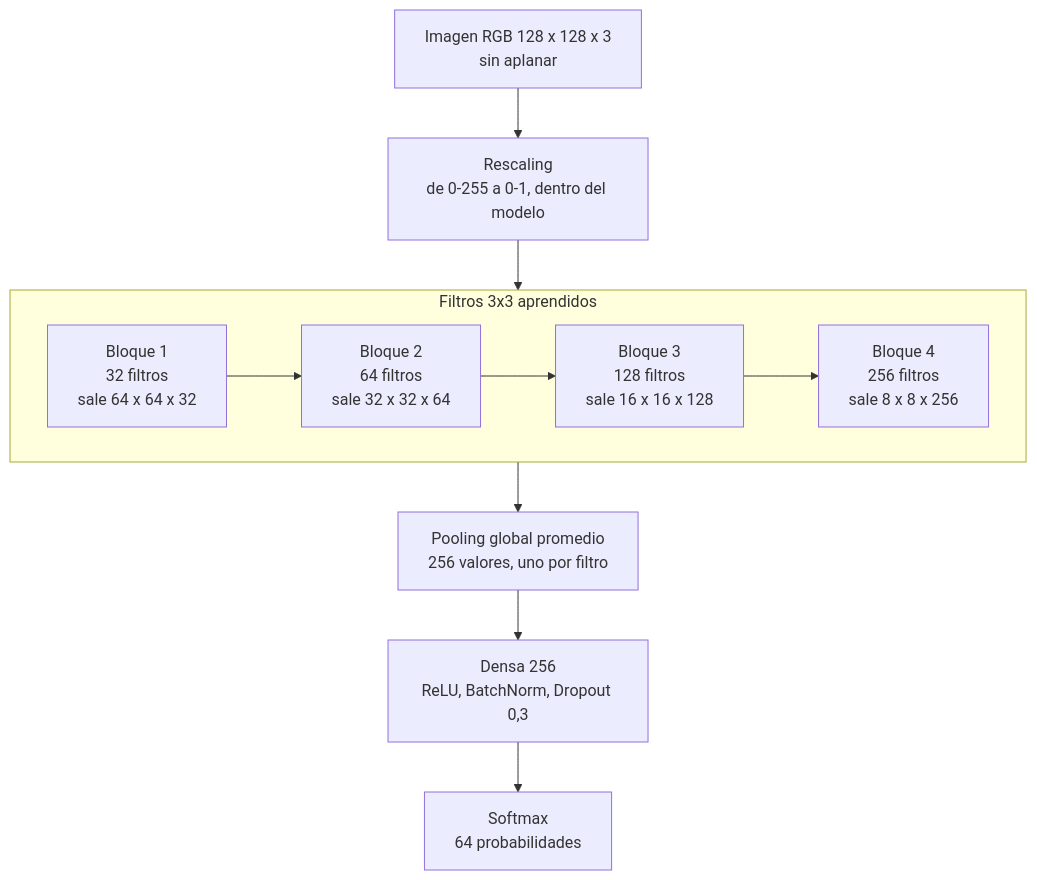
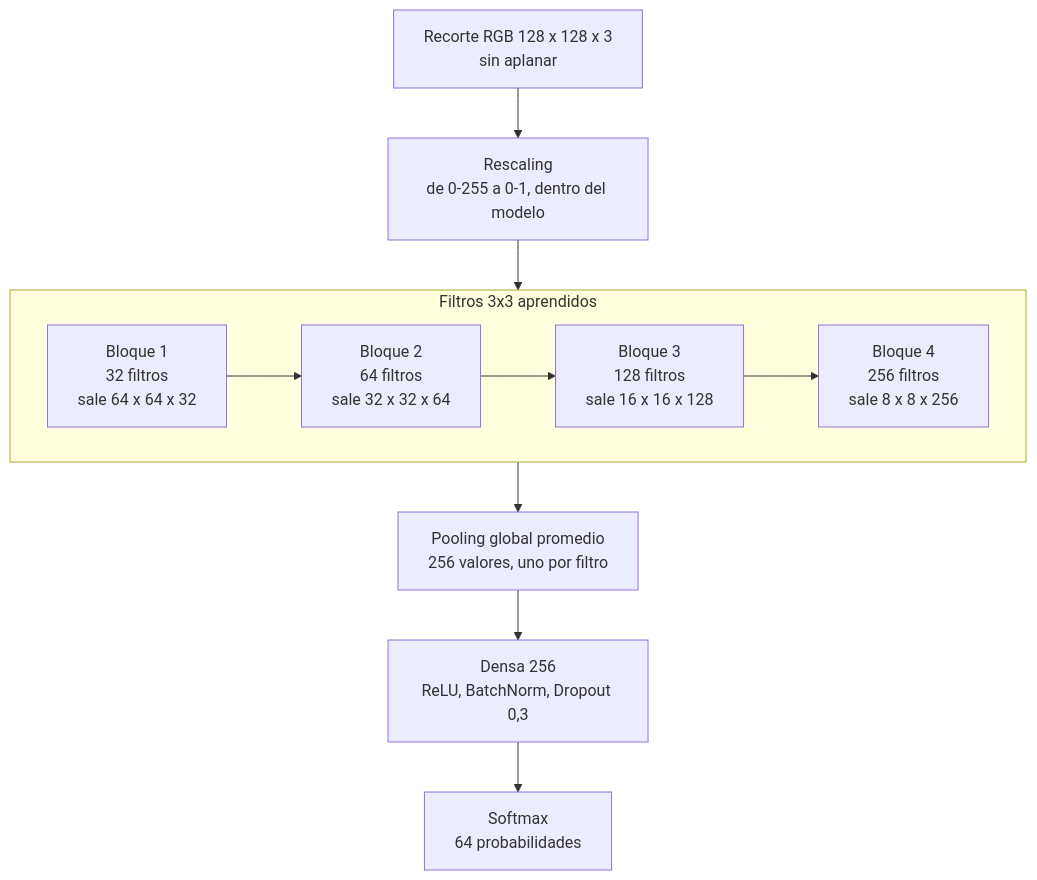
The fourth of 5 diagrams in README.md (ByFlopp/LosSimpsons_DeepLearning), drawn with Mermaid before and after one commit. The commit also changed other lines of this file and 52 other files, not shown here.

````diff
--- a/README.md
+++ b/README.md
@@ -64,14 +87,14 @@
 ```mermaid
 flowchart TB
-    A["Imagen RGB 128 x 128 x 3<br/>sin aplanar"] --> R["Rescaling<br/>de 0-255 a 0-1, dentro del modelo"]
+    A["Recorte RGB 128 x 128 x 3<br/>sin aplanar"] --> R["Rescaling<br/>de 0-255 a 0-1, dentro del modelo"]
     subgraph EXT["Filtros 3x3 aprendidos"]
         direction LR
         B1["Bloque 1<br/>32 filtros<br/>sale 64 x 64 x 32"] --> B2["Bloque 2<br/>64 filtros<br/>sale 32 x 32 x 64"]
         B2 --> B3["Bloque 3<br/>128 filtros<br/>sale 16 x 16 x 128"]
         B3 --> B4["Bloque 4<br/>256 filtros<br/>sale 8 x 8 x 256"]
     end
     R --> EXT
     EXT --> G["Pooling global promedio<br/>256 valores, uno por filtro"]
     G --> H["Densa 256<br/>ReLU, BatchNorm, Dropout 0,3"]
     H --> O["Softmax<br/>64 probabilidades"]
 ```
````
